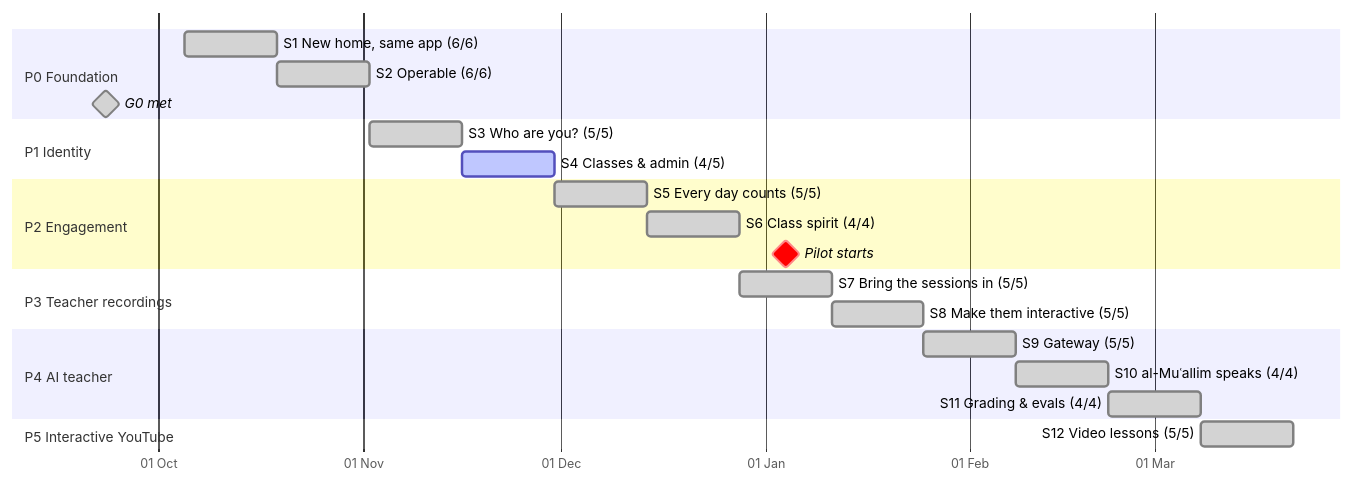
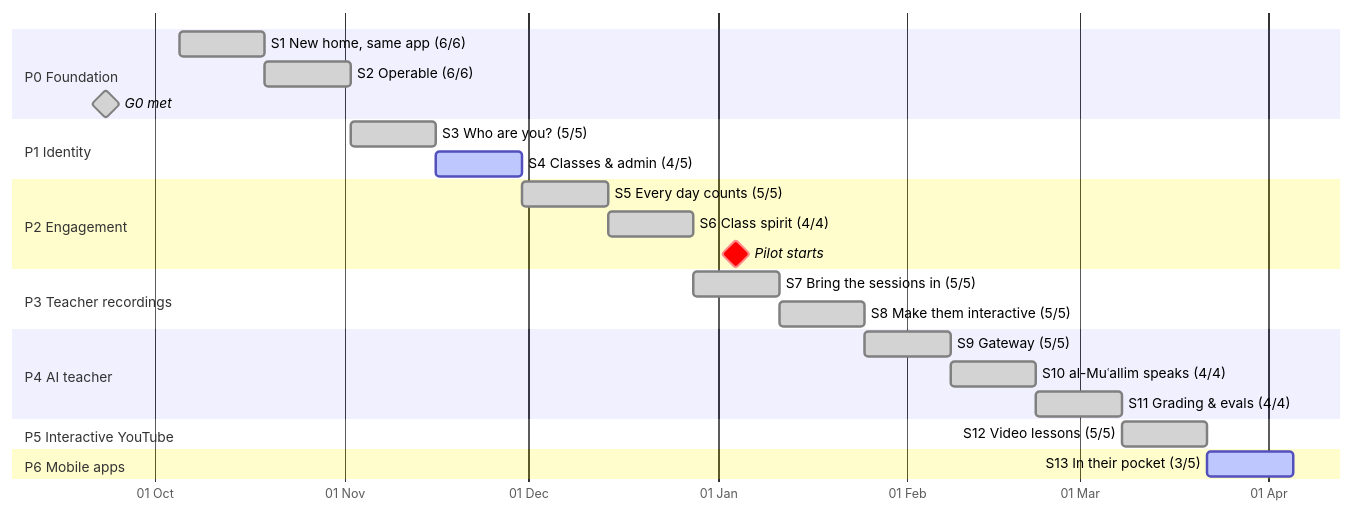
One commit to Sira-Labs/Suffa changed the first of 2 diagrams in docs/plan/sprint-plan.md. Above: the diagram before and after it, drawn with Mermaid. The commit also changed other lines of this file and 23 other files, not shown here.

````diff
--- a/docs/plan/sprint-plan.md
+++ b/docs/plan/sprint-plan.md
@@ -17,26 +17,28 @@
 ```mermaid
 gantt
   dateFormat YYYY-MM-DD
   axisFormat %d %b
   todayMarker on
   section P0 Foundation
   S1 New home, same app (6/6)        :done, s1, 2026-10-05, 14d
   S2 Operable (6/6)                  :done, s2, after s1, 14d
   G0 met                             :milestone, done, g0, 2026-09-23, 0d
   section P1 Identity
   S3 Who are you? (5/5)              :done, s3, after s2, 14d
   S4 Classes & admin (4/5)          :active, s4, after s3, 14d
   section P2 Engagement
   S5 Every day counts (5/5)         :done, s5, after s4, 14d
   S6 Class spirit (4/4)             :done, s6, after s5, 14d
   Pilot starts                       :milestone, crit, pilot, 2027-01-04, 0d
   section P3 Teacher recordings
   S7 Bring the sessions in (5/5)    :done, s7, after s6, 14d
   S8 Make them interactive (5/5)    :done, s8, after s7, 14d
   section P4 AI teacher
   S9 Gateway (5/5)                  :done, s9, after s8, 14d
   S10 al-Muʿallim speaks (4/4)      :done, s10, after s9, 14d
   S11 Grading & evals (4/4)         :done, s11, after s10, 14d
   section P5 Interactive YouTube
   S12 Video lessons (5/5)           :done, s12, after s11, 14d
+  section P6 Mobile apps
+  S13 In their pocket (3/5)         :active, s13, after s12, 14d
 ```
````
